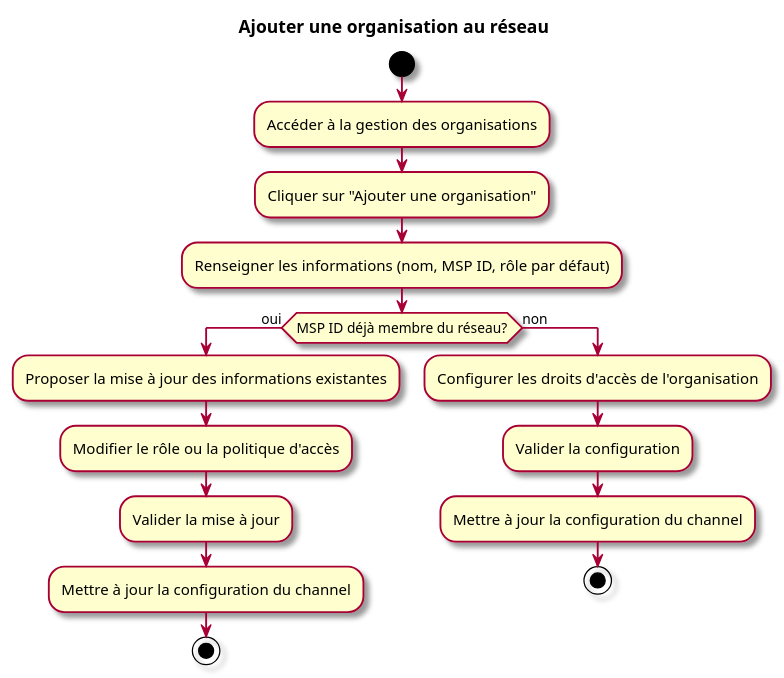
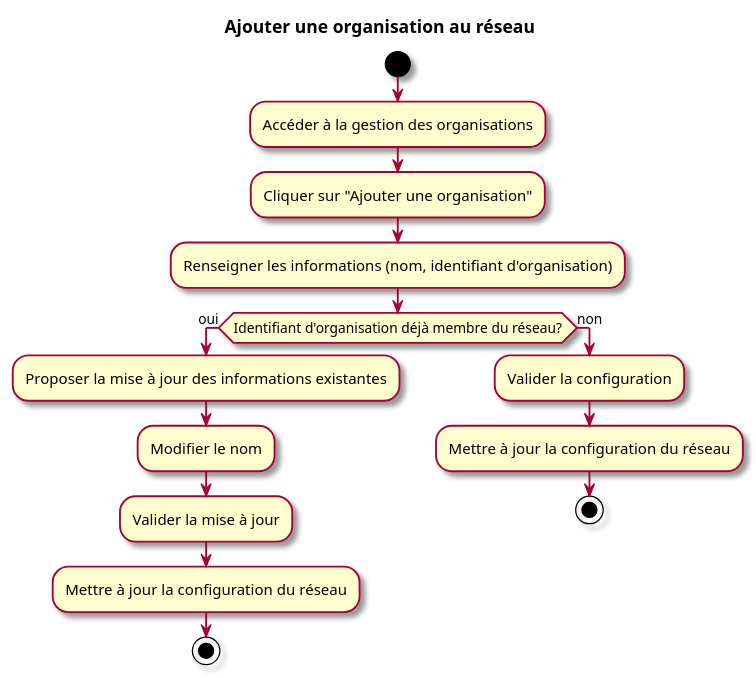
One commit to olivaux/myr changed the second of 2 diagrams in specs/1-Expression/UCADM-Administration/UCADM01.md. Above: the diagram before and after it, drawn with PlantUML. The commit also changed other lines of this file and 12 other files, not shown here.

````diff
--- a/specs/1-Expression/UCADM-Administration/UCADM01.md
+++ b/specs/1-Expression/UCADM-Administration/UCADM01.md
@@ -62,22 +60,21 @@
 ```plantuml
 @startuml
 skin rose
 title Ajouter une organisation au réseau
 start
 :Accéder à la gestion des organisations;
 :Cliquer sur "Ajouter une organisation";
-:Renseigner les informations (nom, MSP ID, rôle par défaut);
-if (MSP ID déjà membre du réseau?) then (oui)
+:Renseigner les informations (nom, identifiant d'organisation);
+if (Identifiant d'organisation déjà membre du réseau?) then (oui)
   :Proposer la mise à jour des informations existantes;
-  :Modifier le rôle ou la politique d'accès;
+  :Modifier le nom;
   :Valider la mise à jour;
-  :Mettre à jour la configuration du channel;
+  :Mettre à jour la configuration du réseau;
   stop
 else (non)
-  :Configurer les droits d'accès de l'organisation;
   :Valider la configuration;
-  :Mettre à jour la configuration du channel;
+  :Mettre à jour la configuration du réseau;
   stop
 endif
 @enduml
 ```
````
